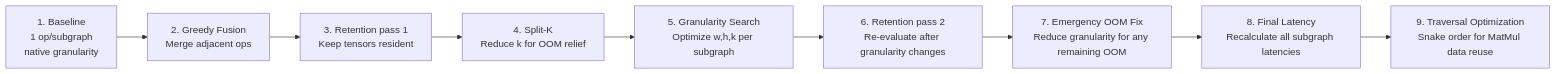
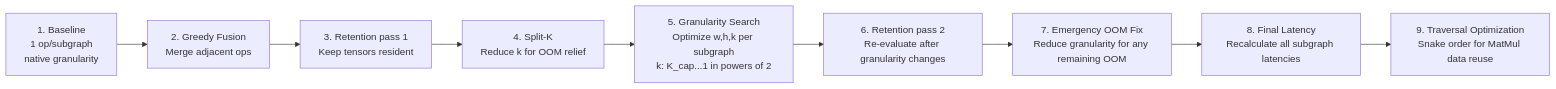
One commit to melroyanthony/MLSys changed the fourth of 4 diagrams in solution/docs/architecture/data-flow.md. Above: the diagram before and after it, drawn with Mermaid. The commit also changed other lines of this file and 13 other files, not shown here.

````diff
--- a/solution/docs/architecture/data-flow.md
+++ b/solution/docs/architecture/data-flow.md
@@ -131,14 +132,14 @@
 ```mermaid
 flowchart LR
     S1[1. Baseline<br>1 op/subgraph<br>native granularity]
     S2[2. Greedy Fusion<br>Merge adjacent ops]
     S3[3. Retention pass 1<br>Keep tensors resident]
     S4[4. Split-K<br>Reduce k for OOM relief]
-    S5[5. Granularity Search<br>Optimize w,h,k per subgraph]
+    S5[5. Granularity Search<br>Optimize w,h,k per subgraph<br>k: K_cap...1 in powers of 2]
     S6[6. Retention pass 2<br>Re-evaluate after granularity changes]
     S7[7. Emergency OOM Fix<br>Reduce granularity for any remaining OOM]
     S8[8. Final Latency<br>Recalculate all subgraph latencies]
     S9[9. Traversal Optimization<br>Snake order for MatMul data reuse]
 
     S1 --> S2 --> S3 --> S4 --> S5 --> S6 --> S7 --> S8 --> S9
 ```
````
